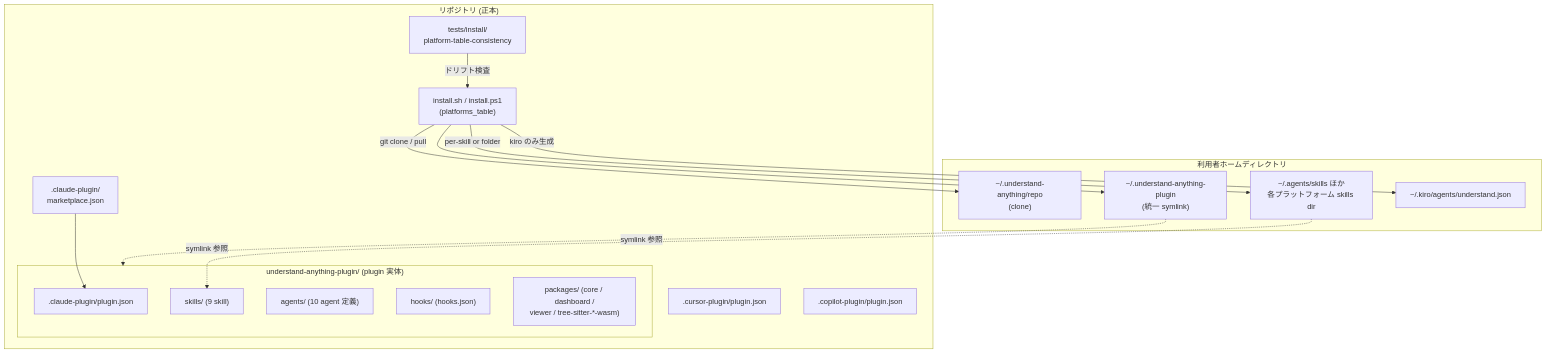
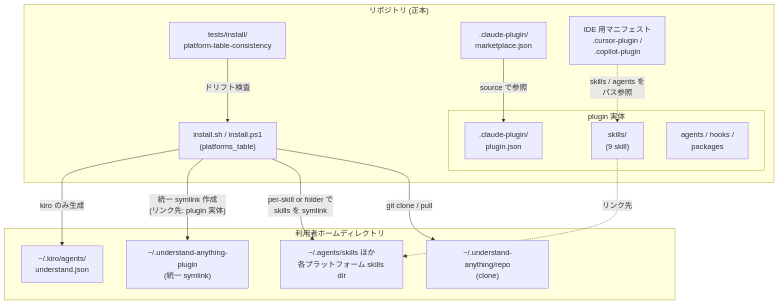
The second of 5 diagrams in articles/understand-anything-plugin_20260812.md (suwa-sh/zenn-contents), drawn with Mermaid before and after one commit. The commit also changed other lines of this file, not shown here.

````diff
--- a/articles/understand-anything-plugin_20260812.md
+++ b/articles/understand-anything-plugin_20260812.md
@@ -90,33 +90,30 @@
 ```mermaid
 graph TB
     subgraph Repo["リポジトリ (正本)"]
+        Test["tests/install/<br/>platform-table-consistency"]
+        InstallSh["install.sh / install.ps1<br/>(platforms_table)"]
         MP[".claude-plugin/<br/>marketplace.json"]
-        CursorM[".cursor-plugin/plugin.json"]
-        CopilotM[".copilot-plugin/plugin.json"]
-        InstallSh["install.sh / install.ps1<br/>(platforms_table)"]
-        subgraph Plugin["understand-anything-plugin/ (plugin 実体)"]
-            PJ[".claude-plugin/plugin.json"]
-            Skills["skills/ (9 skill)"]
-            AgentsDir["agents/ (10 agent 定義)"]
-            Hooks["hooks/ (hooks.json)"]
-            Pkgs["packages/ (core / dashboard /<br/>viewer / tree-sitter-*-wasm)"]
+        IDEM["IDE 用マニフェスト<br/>.cursor-plugin /<br/>.copilot-plugin"]
+        subgraph Plugin["plugin 実体"]
+            PJ[".claude-plugin/<br/>plugin.json"]
+            Skills["skills/<br/>(9 skill)"]
+            Others["agents / hooks /<br/>packages"]
         end
-        Test["tests/install/<br/>platform-table-consistency"]
+        Test -->|"ドリフト検査"| InstallSh
+        MP -->|"source で参照"| PJ
+        IDEM -.->|"skills / agents を<br/>パス参照"| Skills
     end
 
     subgraph Home["利用者ホームディレクトリ"]
         Clone["~/.understand-anything/repo<br/>(clone)"]
         UniLink["~/.understand-anything-plugin<br/>(統一 symlink)"]
         SkillDirs["~/.agents/skills ほか<br/>各プラットフォーム skills dir"]
-        KiroAgent["~/.kiro/agents/understand.json"]
+        KiroAgent["~/.kiro/agents/<br/>understand.json"]
     end
 
-    MP --> PJ
     InstallSh -->|"git clone / pull"| Clone
-    InstallSh -->|"per-skill or folder"| SkillDirs
-    InstallSh --> UniLink
+    InstallSh -->|"per-skill or folder で<br/>skills を symlink"| SkillDirs
+    InstallSh -->|"統一 symlink 作成<br/>(リンク先: plugin 実体)"| UniLink
     InstallSh -->|"kiro のみ生成"| KiroAgent
-    SkillDirs -.->|"symlink 参照"| Skills
-    UniLink -.->|"symlink 参照"| Plugin
-    Test -->|"ドリフト検査"| InstallSh
+    Skills -.->|"リンク先"| SkillDirs
 ```
````
